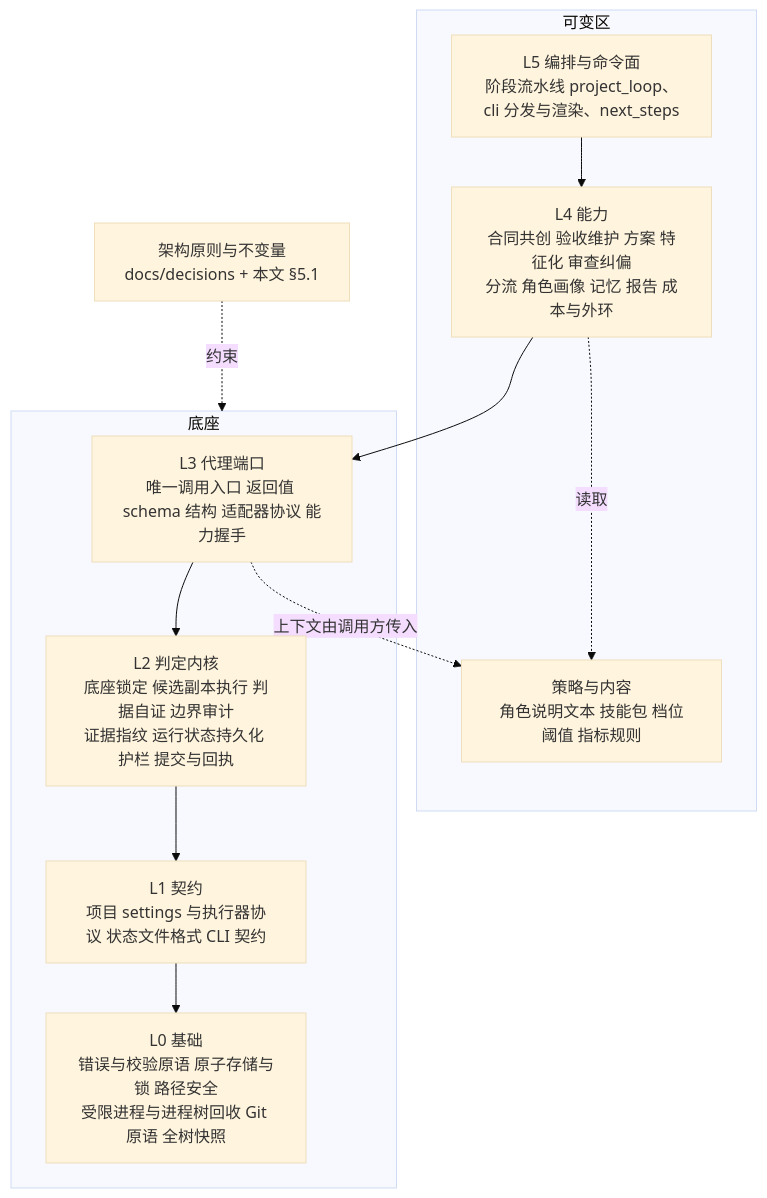
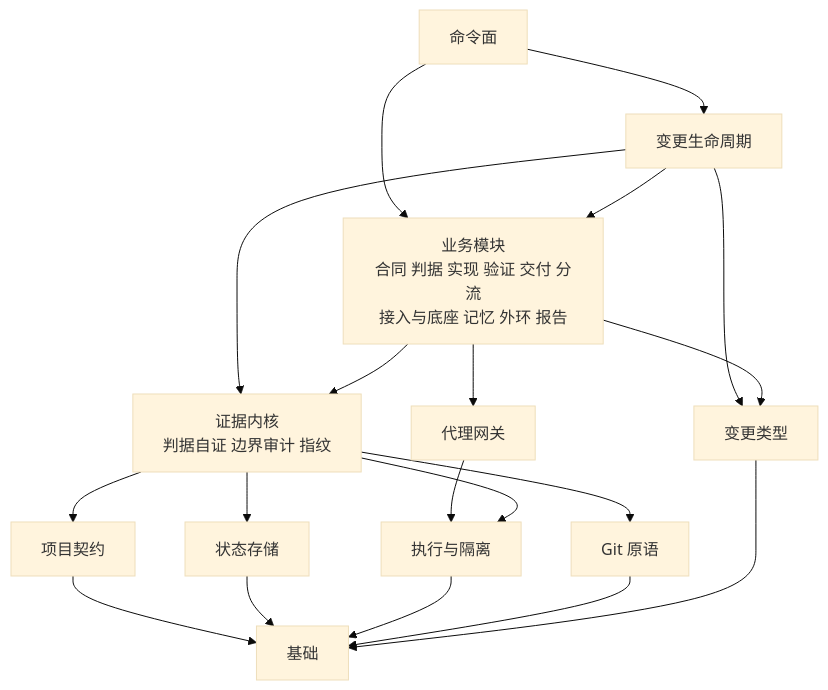
One commit to jinlin725168-ai/storyloop changed the sixth of 9 diagrams in docs/superpowers/specs/2026-10-21-架构收敛-design.md. Above: the diagram before and after it, drawn with Mermaid (base theme). The commit also changed other lines of this file, not shown here.

First line of the commit message:
docs(architecture): 从核心流程与领域模型重写架构收敛设计

````diff
--- a/docs/superpowers/specs/2026-10-21-架构收敛-design.md
+++ b/docs/superpowers/specs/2026-10-21-架构收敛-design.md
@@ -68,19 +315,21 @@
 ```mermaid
 flowchart TD
-    subgraph M["可变区"]
-        L5["L5 编排与命令面<br/>阶段流水线 project_loop、cli 分发与渲染、next_steps"]
-        L4["L4 能力<br/>合同共创 验收维护 方案 特征化 审查纠偏<br/>分流 角色画像 记忆 报告 成本与外环"]
-        POL["策略与内容<br/>角色说明文本 技能包 档位阈值 指标规则"]
-    end
-    subgraph B["底座"]
-        L3["L3 代理端口<br/>唯一调用入口 返回值 schema 结构 适配器协议 能力握手"]
-        L2["L2 判定内核<br/>底座锁定 候选副本执行 判据自证 边界审计<br/>证据指纹 运行状态持久化 护栏 提交与回执"]
-        L1["L1 契约<br/>项目 settings 与执行器协议 状态文件格式 CLI 契约"]
-        L0["L0 基础<br/>错误与校验原语 原子存储与锁 路径安全<br/>受限进程与进程树回收 Git 原语 全树快照"]
-    end
-    PRIN["架构原则与不变量<br/>docs/decisions + 本文 §5.1"]
-    L5 --> L4 --> L3 --> L2 --> L1 --> L0
-    L4 -.读取.-> POL
-    L3 -.上下文由调用方传入.-> POL
-    PRIN -.约束.-> B
+    CLI["命令面"] --> LC["变更生命周期"]
+    CLI --> BIZ
+    LC --> BIZ["业务模块<br/>合同 判据 实现 验证 交付 分流<br/>接入与底座 记忆 外环 报告"]
+    LC --> TYPE["变更类型"]
+    LC --> EVK
+    BIZ --> AG["代理网关"]
+    BIZ --> EVK["证据内核<br/>判据自证 边界审计 指纹"]
+    BIZ --> TYPE
+    AG --> EXE
+    EVK --> PC["项目契约"]
+    EVK --> EXE["执行与隔离"]
+    EVK --> ST["状态存储"]
+    EVK --> GIT["Git 原语"]
+    PC --> FND["基础"]
+    ST --> FND
+    EXE --> FND
+    GIT --> FND
+    TYPE --> FND
 ```
````
